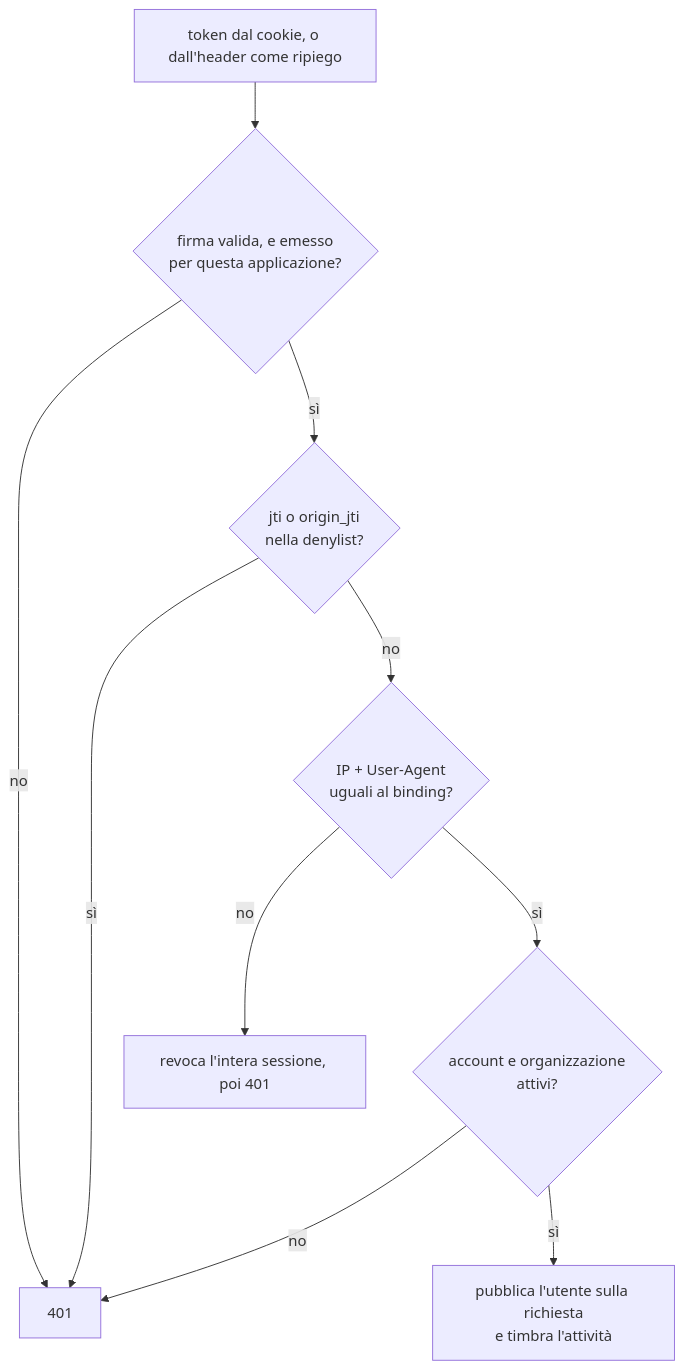
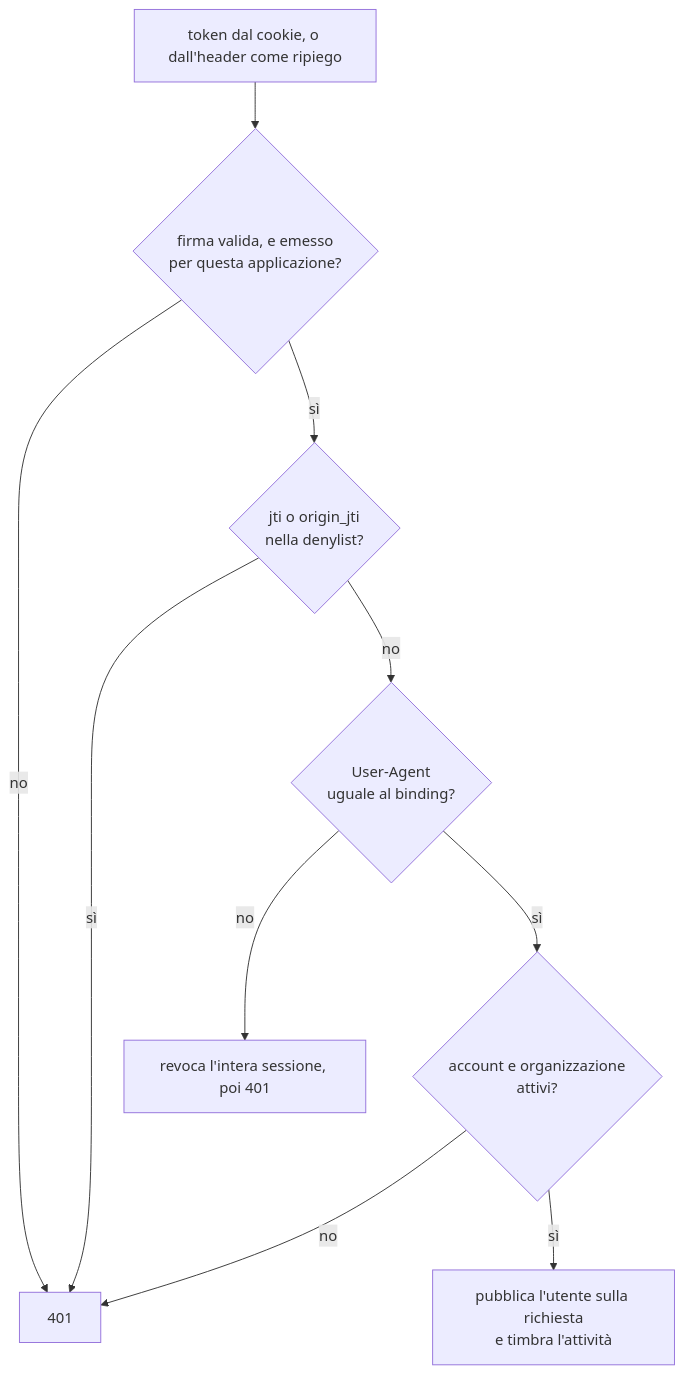
Before and after one commit to DavideZanellato99/SkillLab: the second of 2 diagrams in docs/autenticazione.md, drawn with Mermaid. The commit also changed other lines of this file and 179 other files, not shown here.

````diff
--- a/docs/autenticazione.md
+++ b/docs/autenticazione.md
@@ -120,12 +120,12 @@
 ```mermaid
 flowchart TD
     A[token dal cookie, o dall'header come ripiego] --> B{firma valida, e emesso<br/>per questa applicazione?}
     B -->|no| X[401]
     B -->|sì| C{jti o origin_jti<br/>nella denylist?}
     C -->|sì| X
-    C -->|no| D{IP + User-Agent<br/>uguali al binding?}
+    C -->|no| D{User-Agent<br/>uguale al binding?}
     D -->|no| Y[revoca l'intera sessione, poi 401]
     D -->|sì| E{account e organizzazione<br/>attivi?}
     E -->|no| X
     E -->|sì| F[pubblica l'utente sulla richiesta<br/>e timbra l'attività]
 ```
````
